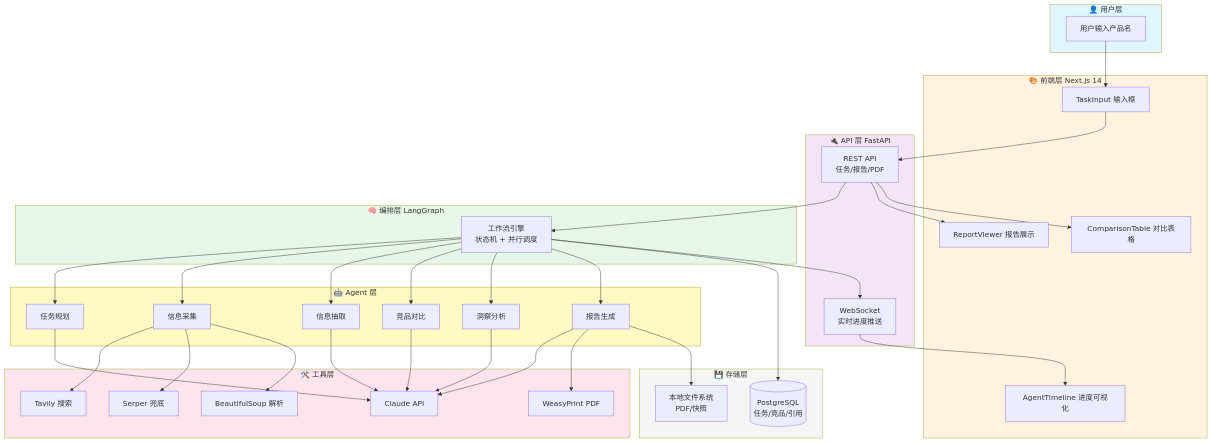
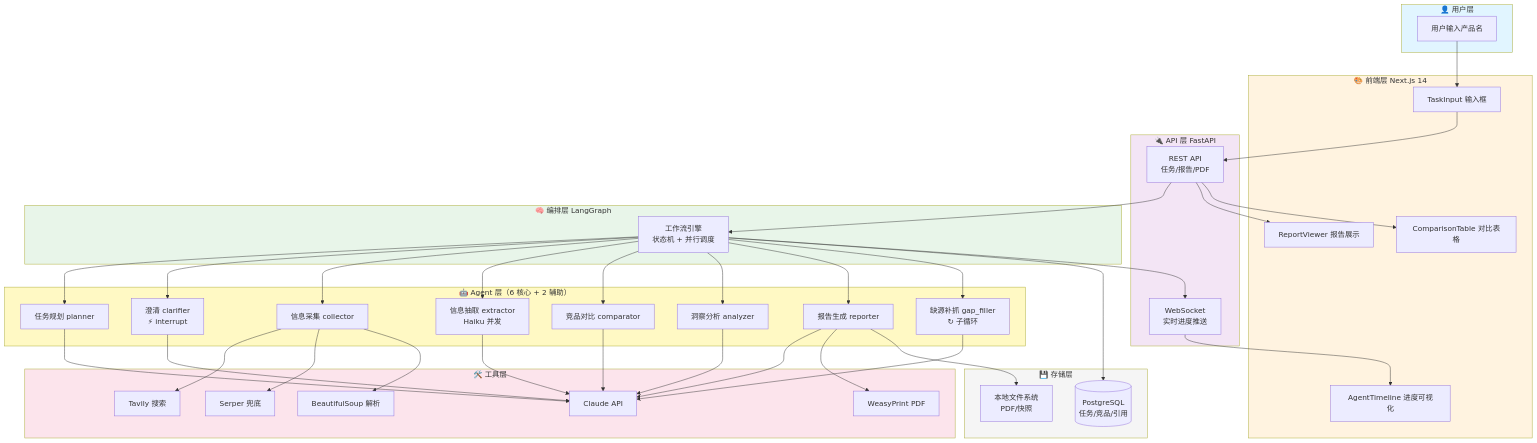
One commit to yangyuxin-hub/Multi-Agent-Collaborative-Competitive-Analysis-System changed the first of 7 diagrams in docs/architecture.md. Above: the diagram before and after it, drawn with Mermaid. The commit also changed other lines of this file and 7 other files, not shown here.

```diff
--- a/docs/architecture.md
+++ b/docs/architecture.md
@@ -24,13 +26,15 @@
         GRAPH[工作流引擎<br/>状态机 + 并行调度]
     end
 
-    subgraph Agents["🤖 Agent 层"]
-        A1[任务规划]
-        A2[信息采集]
-        A3[信息抽取]
-        A4[竞品对比]
-        A5[洞察分析]
-        A6[报告生成]
+    subgraph Agents["🤖 Agent 层（6 核心 + 2 辅助）"]
+        A1[任务规划 planner]
+        AC[澄清 clarifier<br/>⚡ interrupt]
+        A2[信息采集 collector]
+        A3[信息抽取 extractor<br/>Haiku 并发]
+        A4[竞品对比 comparator]
+        A5[洞察分析 analyzer]
+        A6[报告生成 reporter]
+        AG[缺源补抓 gap_filler<br/>↻ 子循环]
     end
 
     subgraph Tools["🛠️ 工具层"]
@@ -50,12 +54,15 @@
     TI --> REST
     REST --> GRAPH
     GRAPH --> A1
+    GRAPH --> AC
     GRAPH --> A2
     GRAPH --> A3
     GRAPH --> A4
     GRAPH --> A5
     GRAPH --> A6
+    GRAPH --> AG
     A1 --> T4
+    AC --> T4
     A2 --> T1
     A2 --> T2
     A2 --> T3
@@ -63,6 +70,7 @@
     A4 --> T4
     A5 --> T4
     A6 --> T4
+    AG --> T4
     A6 --> T5
     GRAPH --> DB
     A6 --> FS
```
